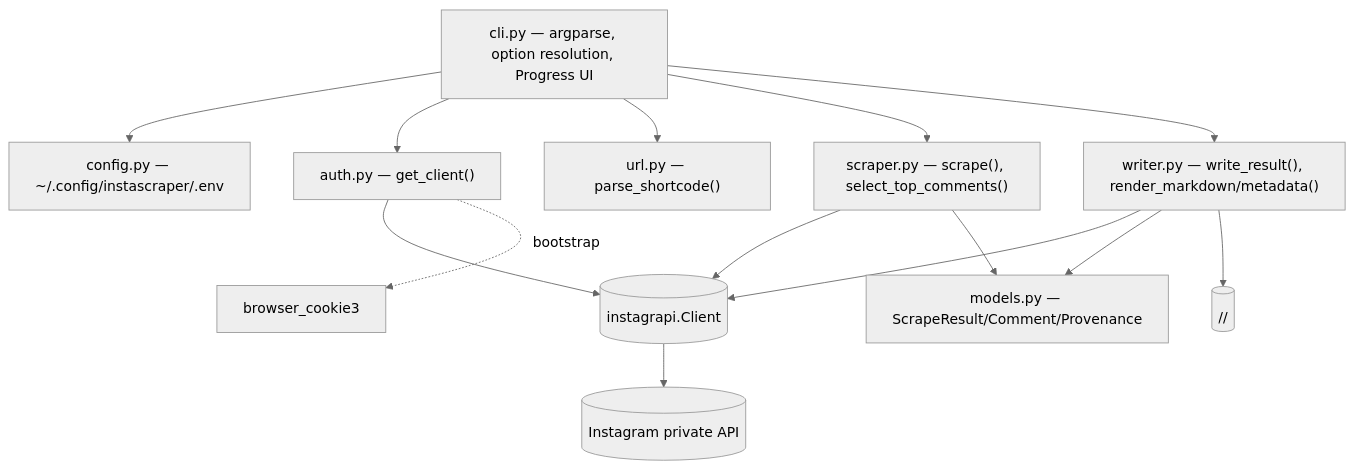
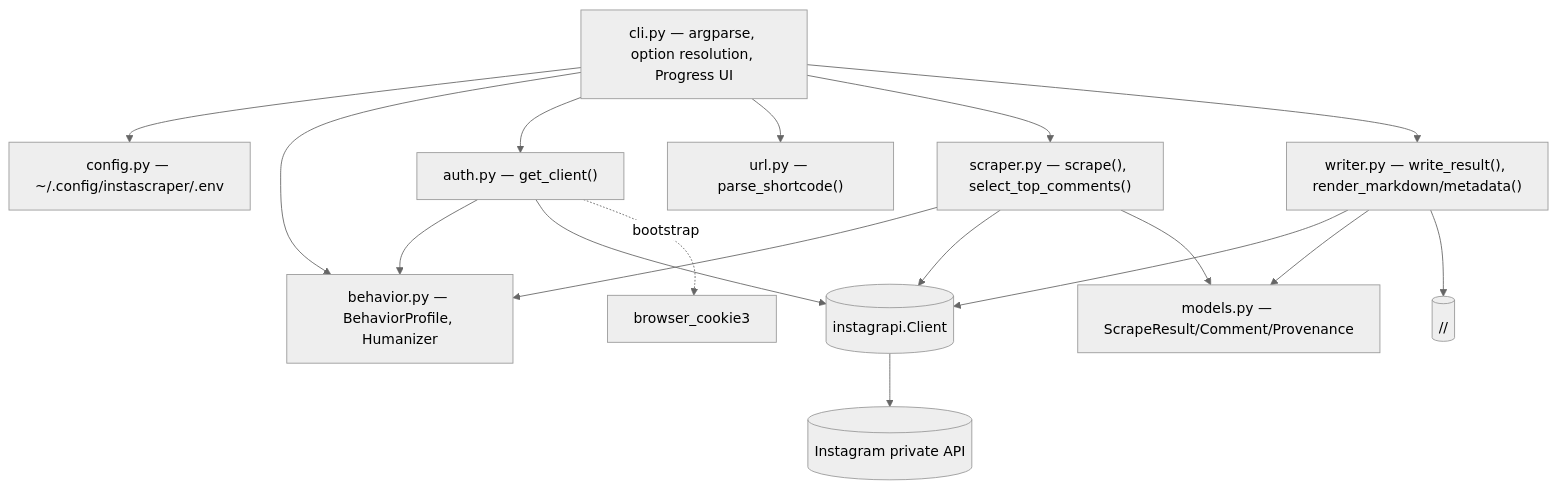
The first of 4 diagrams in specs/system/architecture.md (tillg/instascraper), drawn with Mermaid (neutral theme) before and after one commit. The commit also changed other lines of this file and 23 other files, not shown here.

````diff
--- a/specs/system/architecture.md
+++ b/specs/system/architecture.md
@@ -16,16 +16,19 @@
 ```mermaid
 flowchart TD
     CLI["cli.py — argparse, option resolution, Progress UI"] --> CONFIG["config.py — ~/.config/instascraper/.env"]
+    CLI --> BEH["behavior.py — BehaviorProfile, Humanizer"]
     CLI --> AUTH["auth.py — get_client()"]
     CLI --> URLP["url.py — parse_shortcode()"]
     CLI --> SCRAPE["scraper.py — scrape(), select_top_comments()"]
     CLI --> WRITE["writer.py — write_result(), render_markdown/metadata()"]
+    AUTH --> BEH
+    SCRAPE --> BEH
     AUTH --> CLIENT[("instagrapi.Client")]
     AUTH -. "bootstrap" .-> BC["browser_cookie3"]
     SCRAPE --> CLIENT
     WRITE --> CLIENT
     SCRAPE --> MODELS["models.py — ScrapeResult/Comment/Provenance"]
     WRITE --> MODELS
     WRITE --> FS[("<target-dir>/<shortcode>/")]
     CLIENT --> IG[("Instagram private API")]
 ```
````
